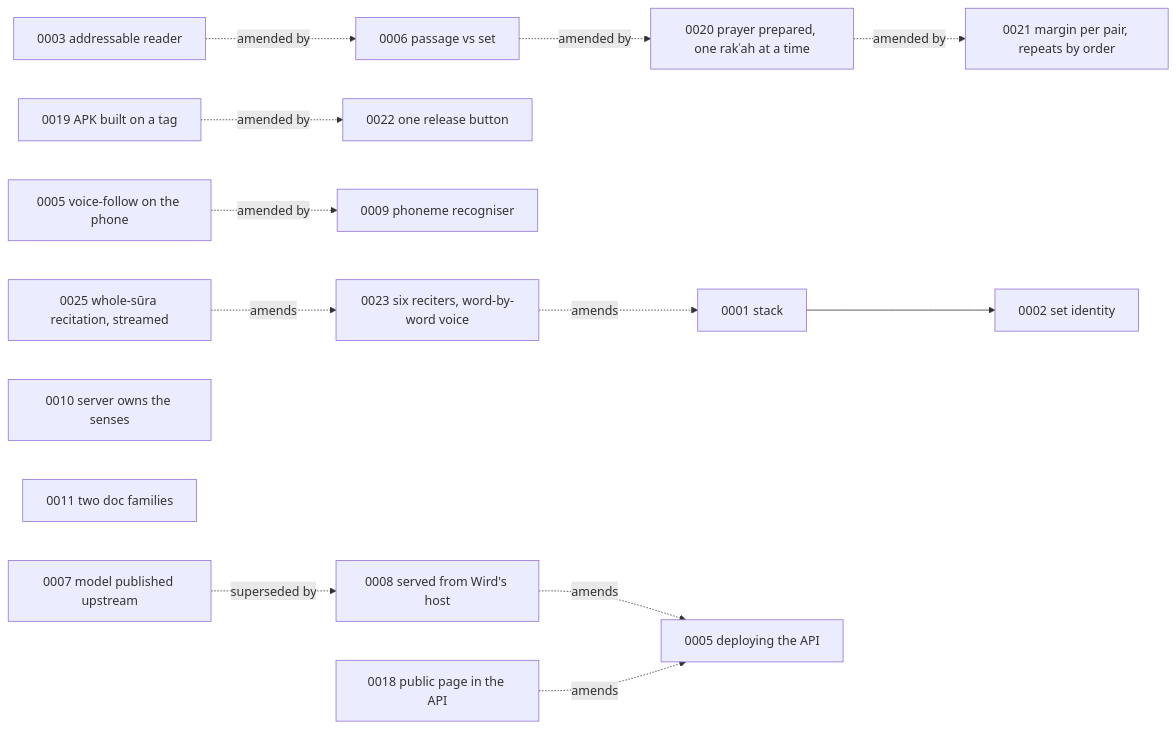
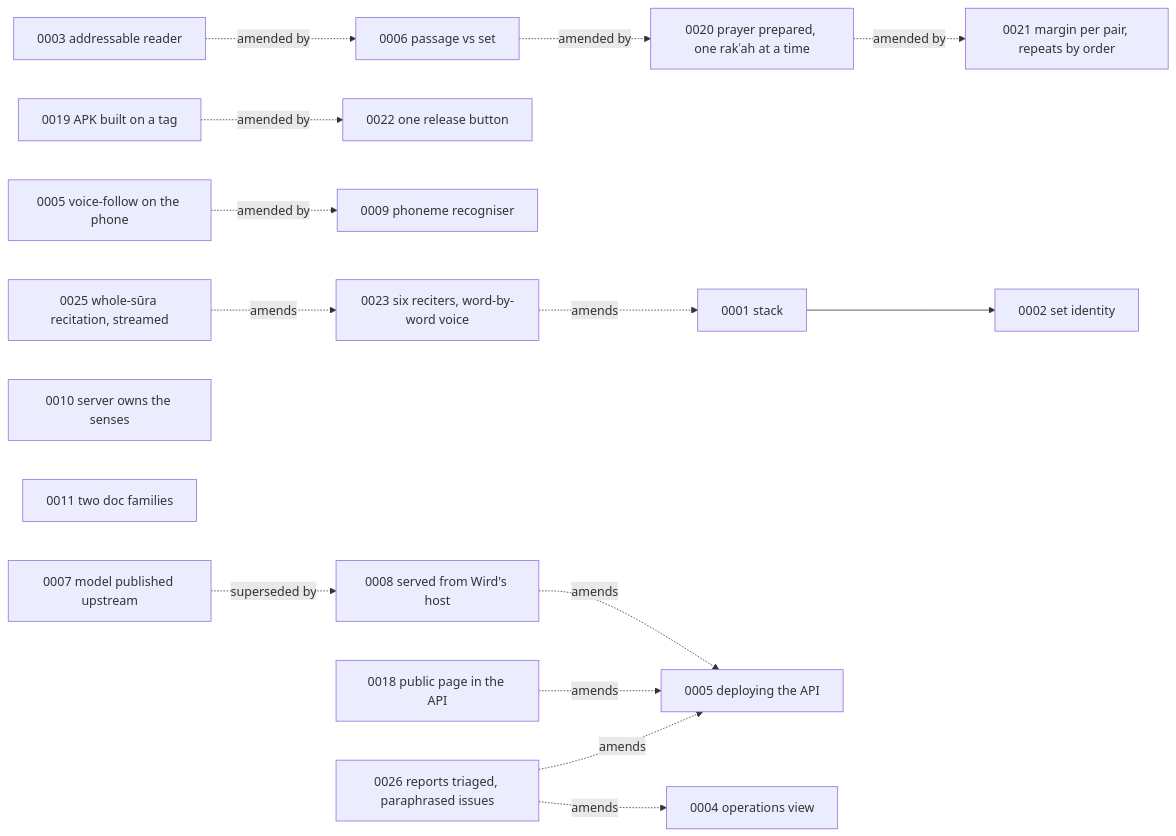
The diagram in docs/adr/README.md (MohammadBnei/wird), drawn with Mermaid before and after one commit. The commit also changed other lines of this file and 26 other files, not shown here.

First line of the commit message:
Build the operations view as its own image, and record the feedback loop

````diff
--- a/docs/adr/README.md
+++ b/docs/adr/README.md
@@ -7,16 +7,18 @@
 ```mermaid
 flowchart LR
   A1[0001 stack] --> A2[0002 set identity]
   A3[0003 addressable reader] -. amended by .-> A6[0006 passage vs set]
   A6 -. amended by .-> A20[0020 prayer prepared, one rakʿah at a time]
   A20 -. amended by .-> A21[0021 margin per pair, repeats by order]
   A19[0019 APK built on a tag] -. amended by .-> A22[0022 one release button]
   A5v[0005 voice-follow on the phone] -. amended by .-> A9[0009 phoneme recogniser]
   A7[0007 model published upstream] -. superseded by .-> A8[0008 served from Wird's host]
   A8 -. amends .-> A5d[0005 deploying the API]
   A10[0010 server owns the senses]
   A11[0011 two doc families]
   A18[0018 public page in the API] -. amends .-> A5d
   A23[0023 six reciters, word-by-word voice] -. amends .-> A1
   A25[0025 whole-sūra recitation, streamed] -. amends .-> A23
+  A26[0026 reports triaged, paraphrased issues] -. amends .-> A4[0004 operations view]
+  A26 -. amends .-> A5d
 ```
````
